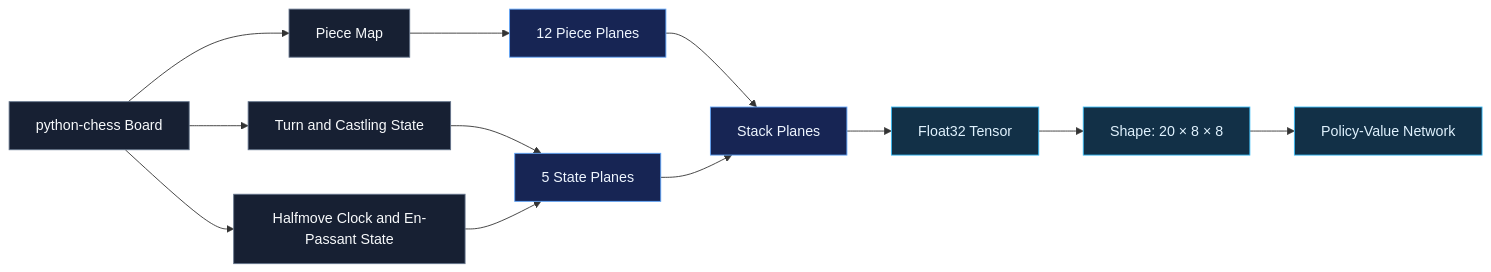
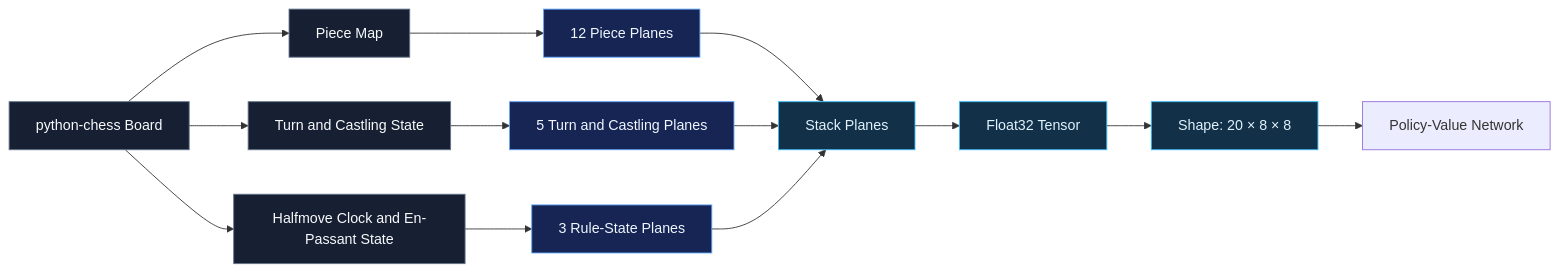
Before and after one commit to Nomusa990822/AlphaZero-Style-Chess-AI-Self-Play-Reinforcement-Learning-with-MCTS-and-Policy-Value-Networks: the second of 10 diagrams in README.md, drawn with Mermaid. The commit also changed other lines of this file, not shown here.

Commit message:
Correct 20-plane representation documentation and compatibility note

````diff
--- a/README.md
+++ b/README.md
@@ -236,23 +237,24 @@
 ```mermaid
 flowchart LR
     A["python-chess Board"] --> B["Piece Map"]
     A --> C["Turn and Castling State"]
     A --> D["Halfmove Clock and En-Passant State"]
 
     B --> E["12 Piece Planes"]
-    C --> F["5 State Planes"]
-    D --> F
+    C --> F["5 Turn and Castling Planes"]
+    D --> G["3 Rule-State Planes"]
 
-    E --> G["Stack Planes"]
-    F --> G
-    G --> H["Float32 Tensor"]
-    H --> I["Shape: 20 × 8 × 8"]
-    I --> J["Policy-Value Network"]
+    E --> H["Stack Planes"]
+    F --> H
+    G --> H
+    H --> I["Float32 Tensor"]
+    I --> J["Shape: 20 × 8 × 8"]
+    J --> K["Policy-Value Network"]
 
     classDef source  fill:#172033,stroke:#64748b,color:#f8fafc
     classDef process fill:#172554,stroke:#60a5fa,color:#eff6ff
     classDef output  fill:#123047,stroke:#38bdf8,color:#e0f2fe
     class A,B,C,D source
     class E,F,G process
     class H,I,J output
 ```
````
